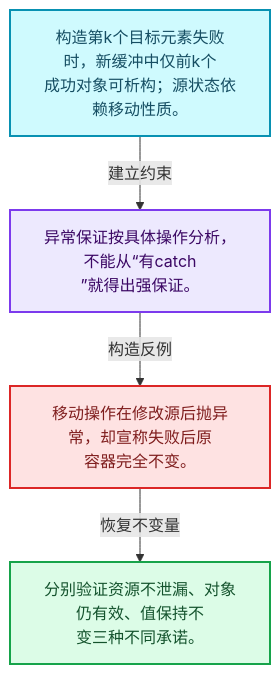
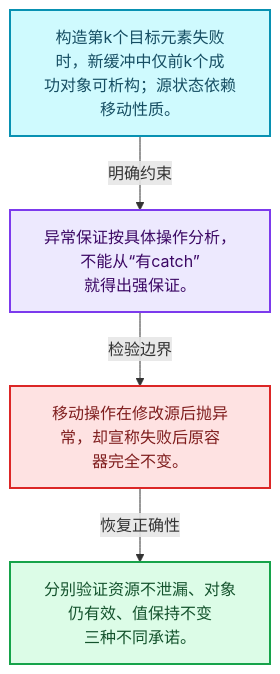
The first of 4 diagrams in 杂/markdown/全面学习-codex/01-基础容器与现代CPP/12-Vector异常安全与边界.md (yunkezengren/blender-.vscode), drawn with Mermaid before and after one commit. The commit also changed other lines of this file and 1930 other files, not shown here.

````diff
--- a/杂/markdown/全面学习-codex/01-基础容器与现代CPP/12-Vector异常安全与边界.md
+++ b/杂/markdown/全面学习-codex/01-基础容器与现代CPP/12-Vector异常安全与边界.md
@@ -29,16 +29,16 @@
 ```mermaid
 flowchart TB
-  M["构造第k个目标元素失败时，新缓冲中仅前k个<br/>成功对象可析构；源状态依赖移动性质。"]:::data
-  T["异常保证按具体操作分析，不能从“有catch<br/>”就得出强保证。"]:::abstraction
-  X["移动操作在修改源后抛异常，却宣称失败后原<br/>容器完全不变。"]:::error
-  A["分别验证资源不泄漏、对象仍有效、值保持不<br/>变三种不同承诺。"]:::result
-  M -->|"建立约束"| T
-  T -->|"构造反例"| X
-  X -->|"恢复不变量"| A
+  M["构造第k个目标元素失败时，新缓冲中仅前k个成<br/>功对象可析构；源状态依赖移动性质。"]:::data
+  C["异常保证按具体操作分析，不能从“有catch”<br/>就得出强保证。"]:::abstraction
+  B["移动操作在修改源后抛异常，却宣称失败后原容<br/>器完全不变。"]:::error
+  R["分别验证资源不泄漏、对象仍有效、值保持不变<br/>三种不同承诺。"]:::result
+  M -->|"明确约束"| C
+  C -->|"检验边界"| B
+  B -->|"恢复正确性"| R
   classDef input fill:#DBEAFE,stroke:#2563EB,color:#172554,stroke-width:2px;
   classDef data fill:#CFFAFE,stroke:#0891B2,color:#164E63,stroke-width:2px;
   classDef abstraction fill:#EDE9FE,stroke:#7C3AED,color:#3B0764,stroke-width:2px;
   classDef compute fill:#FEF3C7,stroke:#D97706,color:#78350F,stroke-width:2px;
   classDef result fill:#DCFCE7,stroke:#16A34A,color:#14532D,stroke-width:2px;
   classDef error fill:#FEE2E2,stroke:#DC2626,color:#7F1D1D,stroke-width:2px;
 ```
````
